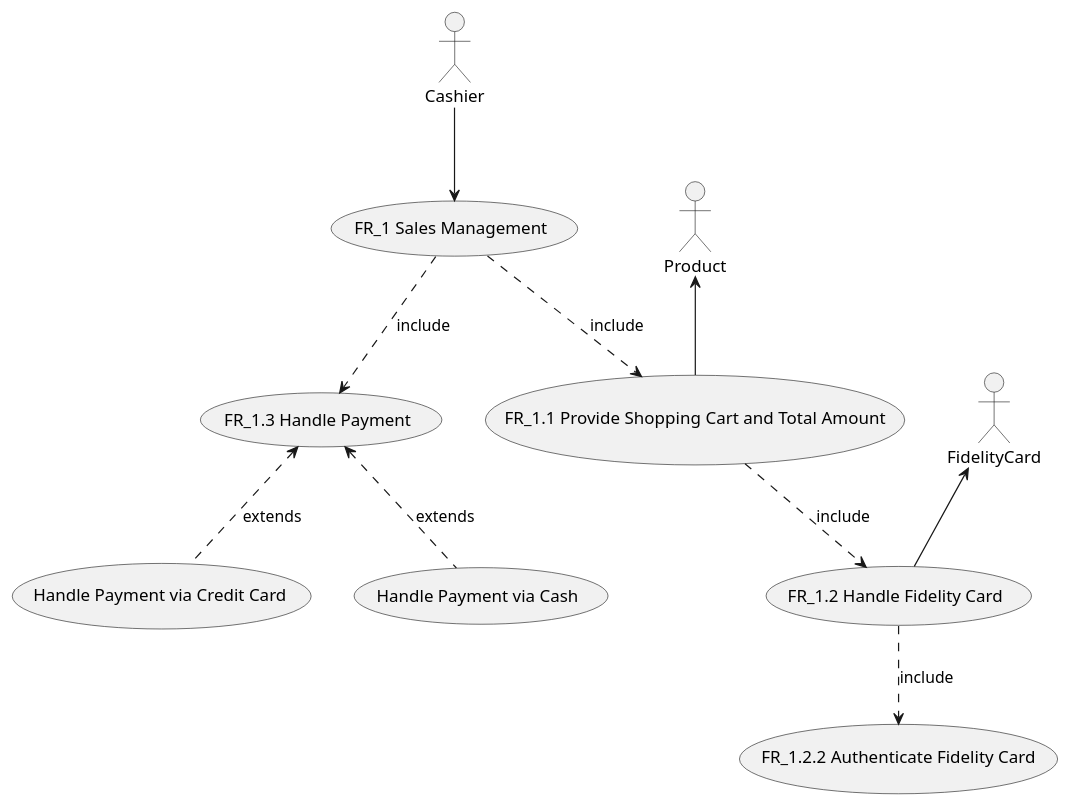
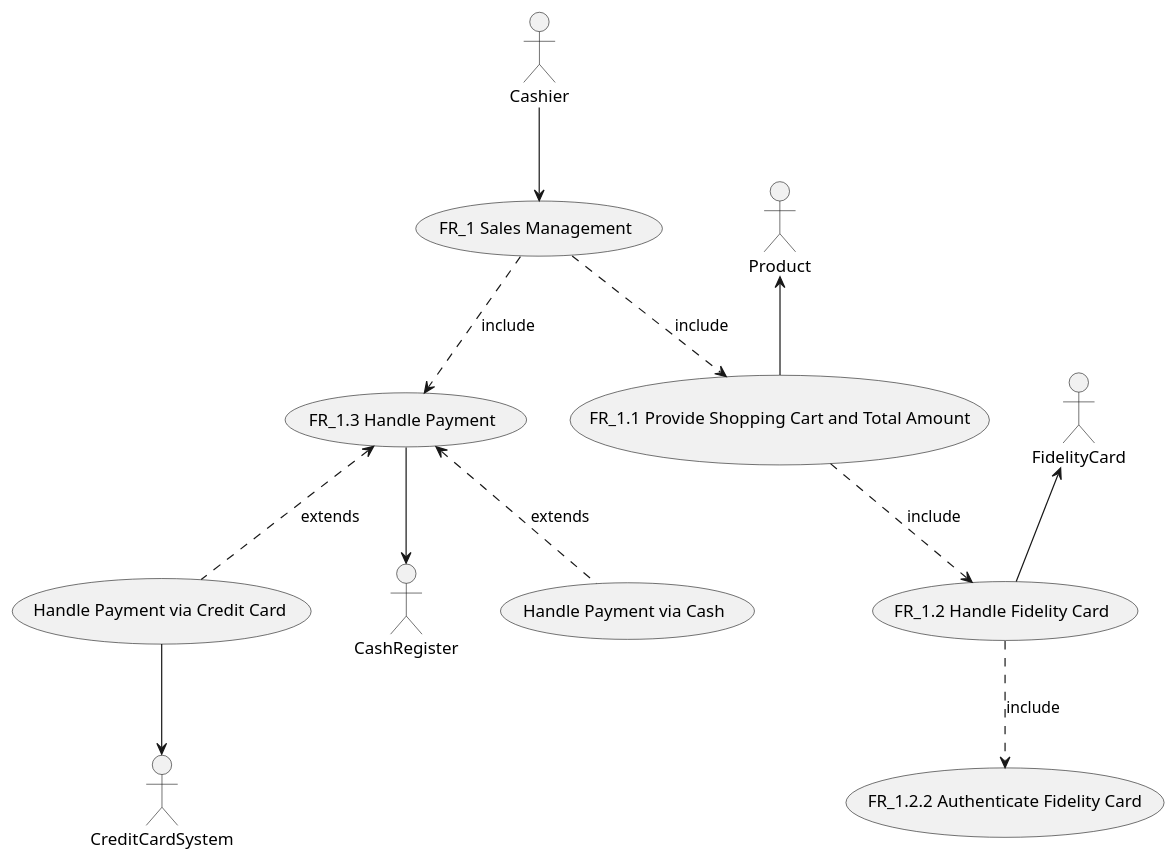
Before and after one commit to Stormz4/group20-EzShop: the third of 11 diagrams in Deliverables/RequirementsDocument.md, drawn with PlantUML. The commit also changed other lines of this file, not shown here.

Commit message:
Doc: Fixed use case diagrams

````diff
--- a/Deliverables/RequirementsDocument.md
+++ b/Deliverables/RequirementsDocument.md
@@ -250,13 +250,15 @@
 ```plantuml
 @startuml
 :Cashier:     --> (FR_1 Sales Management)
 :Product:     <-- (FR_1.1 Provide Shopping Cart and Total Amount)
 :FidelityCard: <-- (FR_1.2 Handle Fidelity Card)
 (FR_1 Sales Management) ..> (FR_1.1 Provide Shopping Cart and Total Amount) : include
 (FR_1.1 Provide Shopping Cart and Total Amount) ..> (FR_1.2 Handle Fidelity Card) : include
 (FR_1.2 Handle Fidelity Card) ..> (FR_1.2.2 Authenticate Fidelity Card) : include
 (FR_1 Sales Management) ..> (FR_1.3 Handle Payment) : include
 (FR_1.3 Handle Payment) <.. (Handle Payment via Cash) : extends
 (FR_1.3 Handle Payment) <.. (Handle Payment via Credit Card) : extends
+(FR_1.3 Handle Payment) --> CashRegister
+(Handle Payment via Credit Card) --> :CreditCardSystem:
 @enduml
 ```
````
